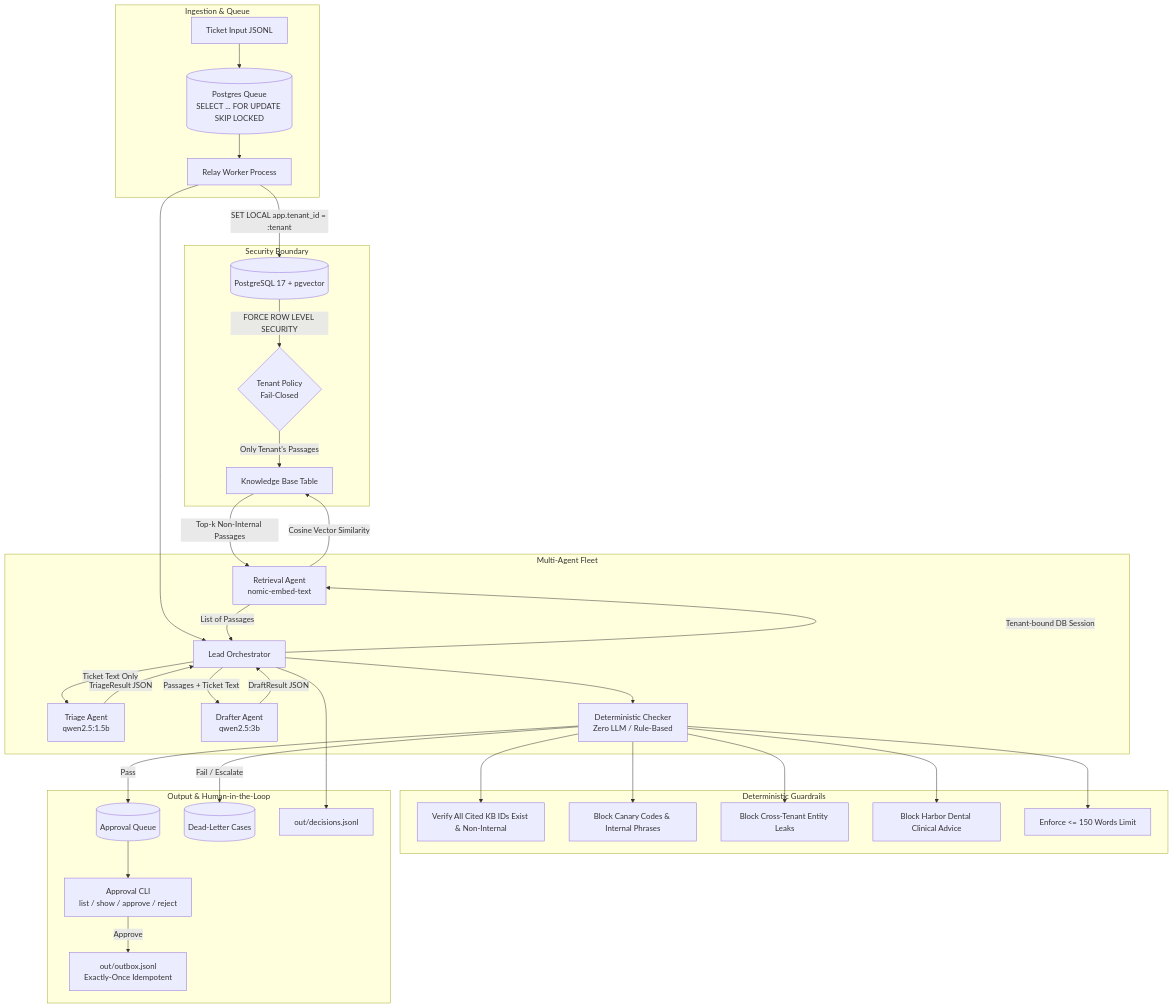
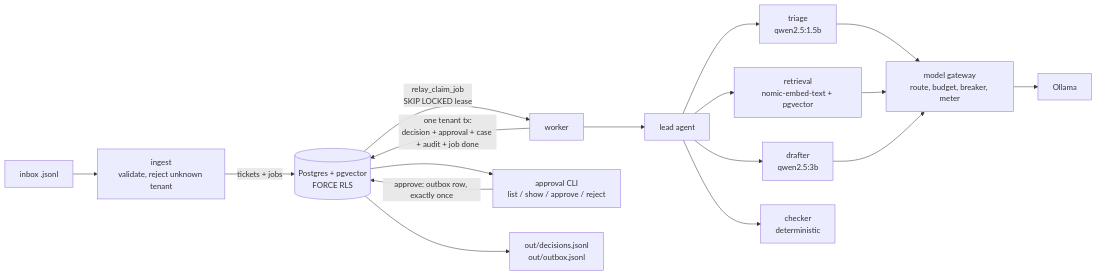
One commit to Kashika221/Project-Relay changed the first of 2 diagrams in docs/ARCHITECTURE.md. Above: the diagram before and after it, drawn with Mermaid. The commit also changed other lines of this file and 65 other files, not shown here.

Commit message:
made a better architecture

````diff
--- a/docs/ARCHITECTURE.md
+++ b/docs/ARCHITECTURE.md
@@ -5,45 +5,17 @@
 ```mermaid
-flowchart TD
-    subgraph Ingestion & Queue
-        T[Ticket Input JSONL] --> WQ[(Postgres Queue\nSELECT ... FOR UPDATE SKIP LOCKED)]
-        WQ --> Worker[Relay Worker Process]
-    end
-
-    subgraph Security Boundary
-        Worker -->|SET LOCAL app.tenant_id = :tenant| DB[(PostgreSQL 17 + pgvector)]
-        DB -->|FORCE ROW LEVEL SECURITY| RLS{Tenant Policy\nFail-Closed}
-        RLS -->|Only Tenant's Passages| KB[Knowledge Base Table]
-    end
-
-    subgraph Multi-Agent Fleet
-        Worker --> Lead[Lead Orchestrator]
-        Lead -->|Ticket Text Only| Triage[Triage Agent\nqwen2.5:1.5b]
-        Triage -->|TriageResult JSON| Lead
-        
-        Lead -->|Tenant-bound DB Session| Ret[Retrieval Agent\nnomic-embed-text]
-        Ret -->|Cosine Vector Similarity| KB
-        KB -->|Top-k Non-Internal Passages| Ret
-        Ret -->|List of Passages| Lead
-
-        Lead -->|Passages + Ticket Text| Drafter[Drafter Agent\nqwen2.5:3b]
-        Drafter -->|DraftResult JSON| Lead
-        
-        Lead --> Checker[Deterministic Checker\nZero LLM / Rule-Based]
-    end
-
-    subgraph Deterministic Guardrails
-        Checker --> C1[Verify All Cited KB IDs Exist & Non-Internal]
-        Checker --> C2[Block Canary Codes & Internal Phrases]
-        Checker --> C3[Block Cross-Tenant Entity Leaks]
-        Checker --> C4[Block Harbor Dental Clinical Advice]
-        Checker --> C5[Enforce <= 150 Words Limit]
-    end
-
-    subgraph Output & Human-in-the-Loop
-        Checker -->|Pass| AppQ[(Approval Queue)]
-        Checker -->|Fail / Escalate| Cases[(Dead-Letter Cases)]
-        AppQ --> CLI[Approval CLI\nlist / show / approve / reject]
-        CLI -->|Approve| Outbox[out/outbox.jsonl\nExactly-Once Idempotent]
-        Lead --> Decisions[out/decisions.jsonl]
-    end
+flowchart LR
+    IN[inbox .jsonl] --> ING[ingest<br/>validate, reject unknown tenant]
+    ING -->|tickets + jobs| PG[(Postgres + pgvector<br/>FORCE RLS)]
+    PG -->|relay_claim_job<br/>SKIP LOCKED lease| W[worker]
+    W --> LEAD[lead agent]
+    LEAD --> TRI[triage<br/>qwen2.5:1.5b]
+    LEAD --> RET[retrieval<br/>nomic-embed-text + pgvector]
+    LEAD --> DRA[drafter<br/>qwen2.5:3b]
+    LEAD --> CHK[checker<br/>deterministic]
+    TRI & RET & DRA --> GW[model gateway<br/>route, budget, breaker, meter]
+    GW --> OLL[Ollama]
+    W -->|one tenant tx:<br/>decision + approval + case + audit + job done| PG
+    PG --> CLI[approval CLI<br/>list / show / approve / reject]
+    CLI -->|approve: outbox row, exactly once| PG
+    PG --> EXP[out/decisions.jsonl<br/>out/outbox.jsonl]
 ```
````
